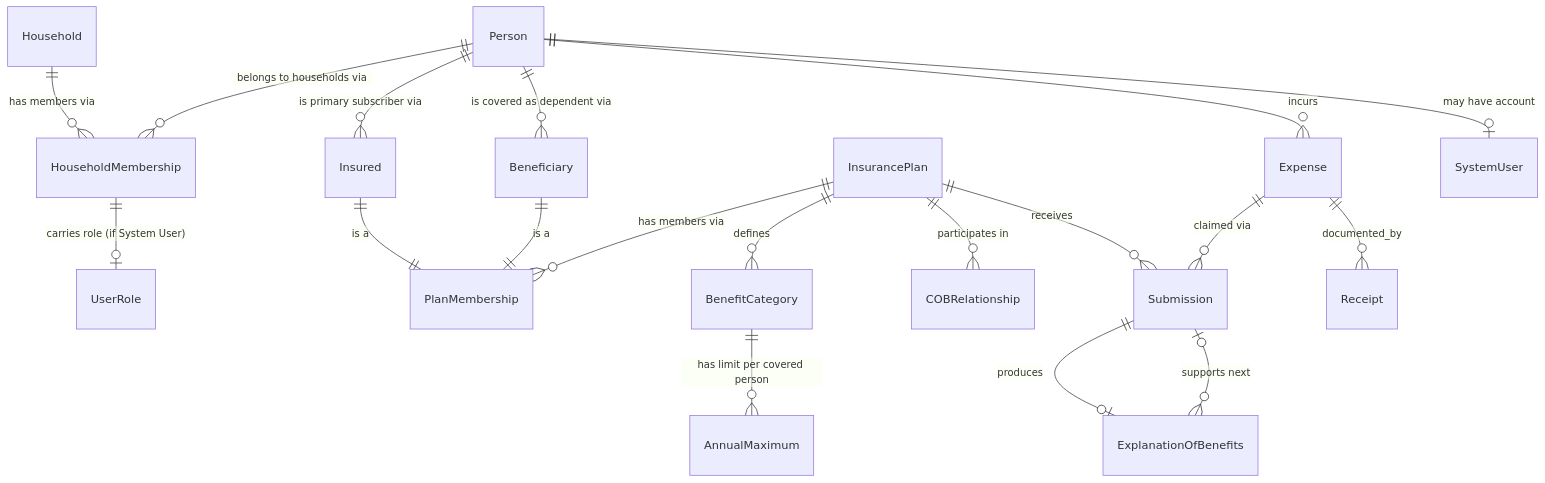
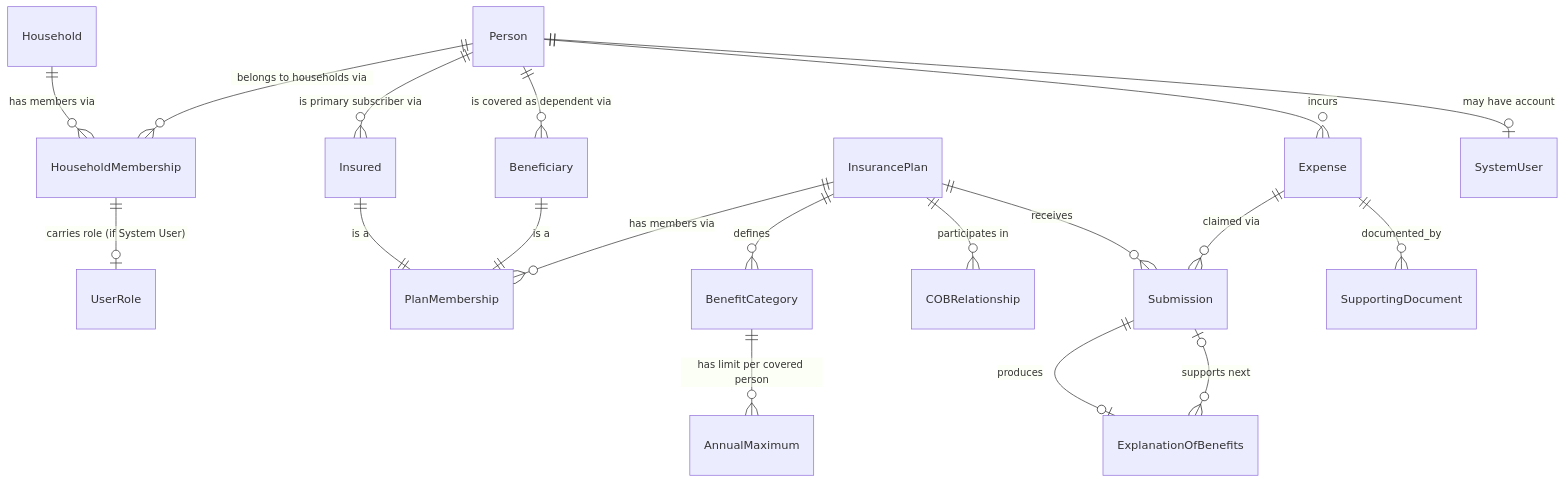
The diagram in docs/01-requirements/10-glossary.md (hallb/coordinate), drawn with Mermaid before and after one commit. The commit also changed other lines of this file and 5 other files, not shown here.

````diff
--- a/docs/01-requirements/10-glossary.md
+++ b/docs/01-requirements/10-glossary.md
@@ -9,21 +9,21 @@
 ```mermaid
 erDiagram
     Person ||--o{ HouseholdMembership : "belongs to households via"
     Household ||--o{ HouseholdMembership : "has members via"
     HouseholdMembership ||--o| UserRole : "carries role (if System User)"
     Person ||--o{ Insured : "is primary subscriber via"
     Person ||--o{ Beneficiary : "is covered as dependent via"
     Insured ||--|| PlanMembership : "is a"
     Beneficiary ||--|| PlanMembership : "is a"
     InsurancePlan ||--o{ PlanMembership : "has members via"
     InsurancePlan ||--o{ BenefitCategory : defines
     BenefitCategory ||--o{ AnnualMaximum : "has limit per covered person"
     InsurancePlan ||--o{ COBRelationship : "participates in"
     Person ||--o{ Expense : incurs
     Expense ||--o{ Submission : "claimed via"
     Submission ||--o| ExplanationOfBenefits : produces
     ExplanationOfBenefits }o--o| Submission : "supports next"
-    Expense ||--o{ Receipt : documented_by
+    Expense ||--o{ SupportingDocument : documented_by
     InsurancePlan ||--o{ Submission : receives
     Person ||--o| SystemUser : "may have account"
 ```
````
